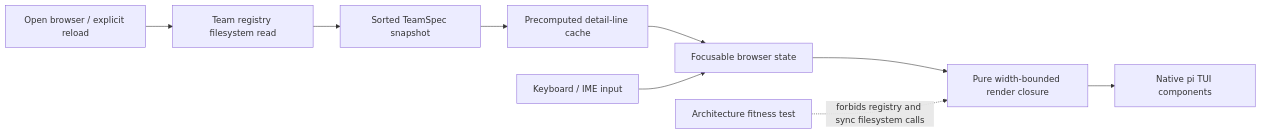
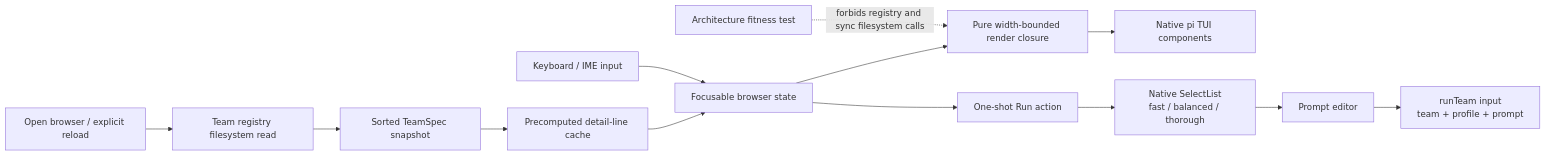
The ninth of 16 diagrams in docs/architecture.md (tS7hKamAYL84j91/pi-tools-and-skills), drawn with Mermaid before and after one commit. The commit also changed other lines of this file and 9 other files, not shown here.

Commit message:
feat(teams): add one-shot profile run UI

````diff
--- a/docs/architecture.md
+++ b/docs/architecture.md
@@ -365,11 +365,15 @@
 ```mermaid
 flowchart LR
   Open[Open browser / explicit reload] --> Registry[Team registry filesystem read]
   Registry --> Specs[Sorted TeamSpec snapshot]
   Specs --> Cache[Precomputed detail-line cache]
   Cache --> State[Focusable browser state]
   Input[Keyboard / IME input] --> State
   State --> Render[Pure width-bounded render closure]
   Render --> Components[Native pi TUI components]
+  State --> RunAction[One-shot Run action]
+  RunAction --> ProfilePicker[Native SelectList\nfast / balanced / thorough]
+  ProfilePicker --> Prompt[Prompt editor]
+  Prompt --> TeamRun[runTeam input\nteam + profile + prompt]
   Fitness[Architecture fitness test] -. forbids registry and sync filesystem calls .-> Render
 ```
````
